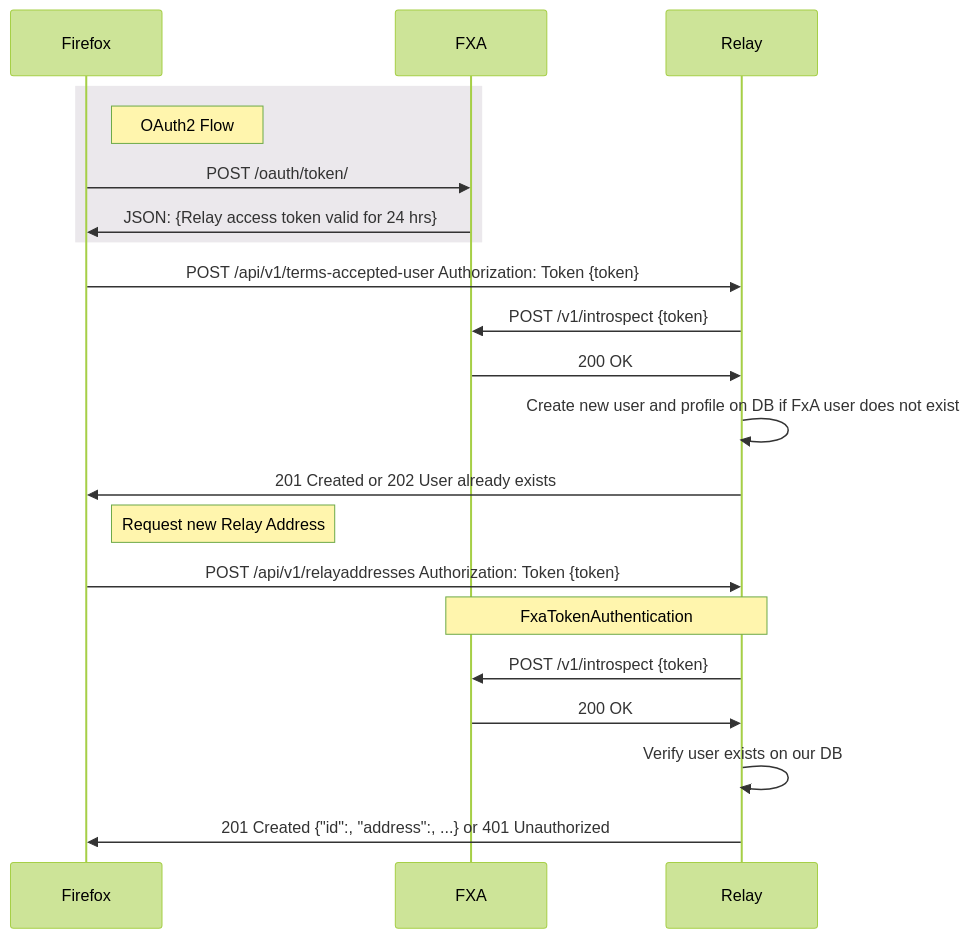
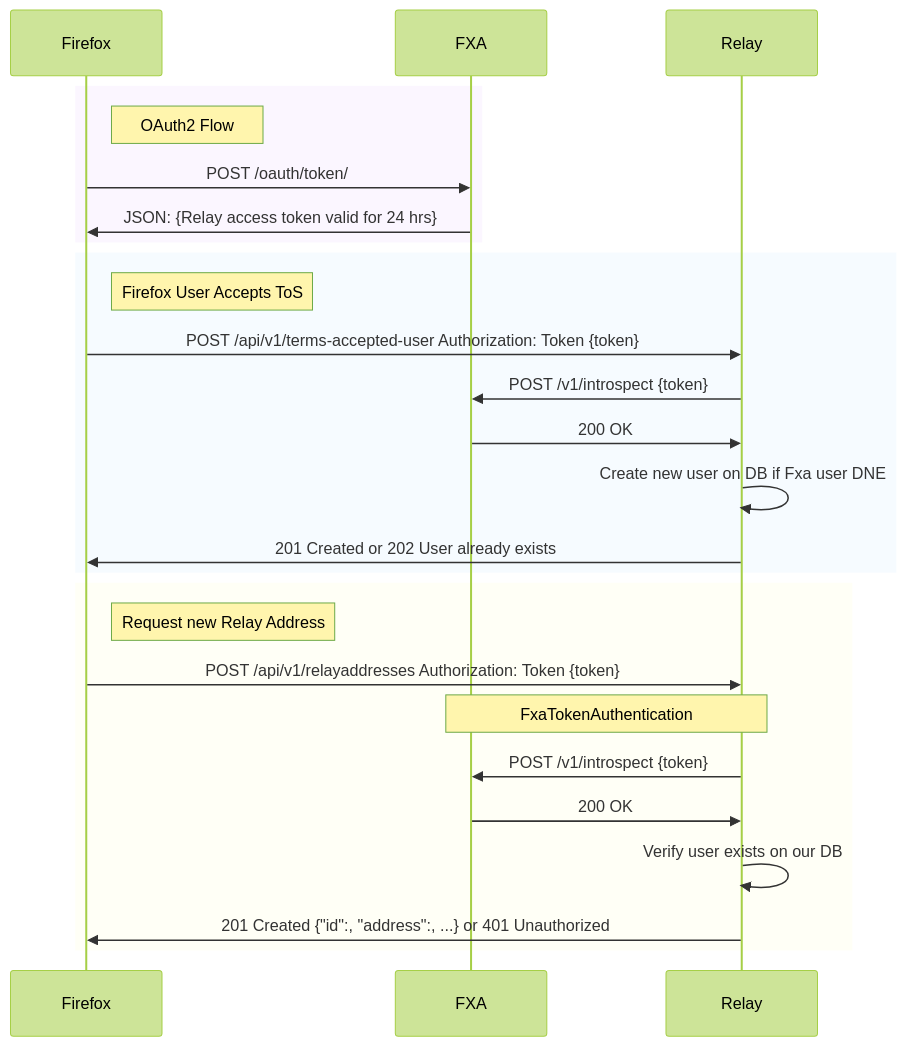
Before and after one commit to mozilla/fx-private-relay: the second of 2 diagrams in docs/api_auth.md, drawn with Mermaid (forest theme).

Commit message:
Use background highlighting for notes

````diff
--- a/docs/api_auth.md
+++ b/docs/api_auth.md
@@ -51,24 +51,29 @@
 ```mermaid
 sequenceDiagram
     participant Firefox
     participant FXA
     participant Relay
 
-rect rgba(34, 0, 51, .09)
+    rect rgba(204, 153, 255, .09)
     note right of Firefox: OAuth2 Flow
     Firefox->>FXA: POST /oauth/token/
     FXA->>Firefox: JSON: {Relay access token valid for 24 hrs}
     end
+    rect rgba(153, 204, 255, .09)
+    note right of Firefox: Firefox User Accepts ToS
     Firefox->>Relay: POST /api/v1/terms-accepted-user Authorization: Token {token}
     Relay->>FXA: POST /v1/introspect {token}
     FXA->>Relay: 200 OK
-    Relay->>Relay: Create new user and profile on DB if FxA user does not exist
+    Relay->>Relay: Create new user on DB if Fxa user DNE
     Relay->>Firefox: 201 Created or 202 User already exists
+    end
+    rect rgba(255, 255, 153, .09)
     note right of Firefox: Request new Relay Address
     Firefox->>Relay: POST /api/v1/relayaddresses Authorization: Token {token}
     Note over Relay,FXA: FxaTokenAuthentication
     Relay->>FXA: POST /v1/introspect {token}
     FXA->>Relay: 200 OK
     Relay->>Relay: Verify user exists on our DB
     Relay->>Firefox: 201 Created {"id":, "address":, ...} or 401 Unauthorized
+    end
 ```
````
